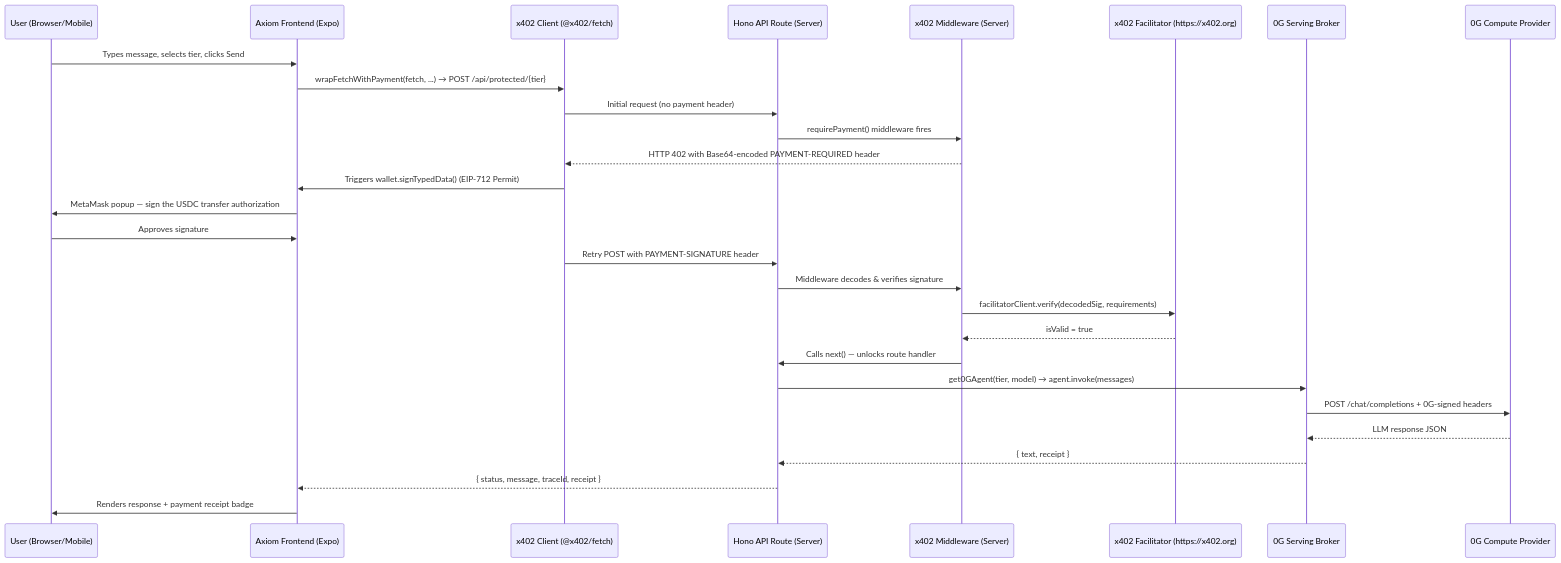
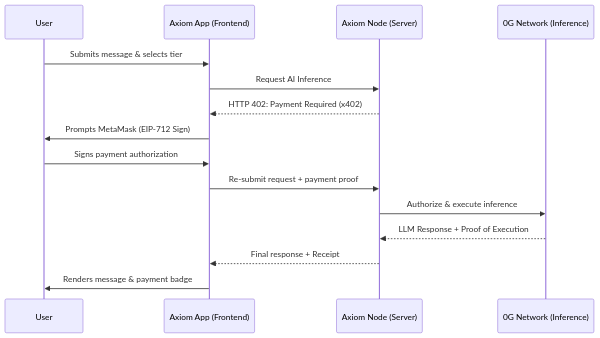
One commit to altaga/Axiom changed the first of 2 diagrams in README.md. Above: the diagram before and after it, drawn with Mermaid. The commit also changed other lines of this file, not shown here.

````diff
--- a/README.md
+++ b/README.md
@@ -24,31 +26,18 @@
 ```mermaid
 sequenceDiagram
-    participant User as User (Browser/Mobile)
-    participant UI as Axiom Frontend (Expo)
-    participant x402c as x402 Client (@x402/fetch)
-    participant API as Hono API Route (Server)
-    participant x402s as x402 Middleware (Server)
-    participant Fac as x402 Facilitator (https://x402.org)
-    participant Broker as 0G Serving Broker
-    participant Node as 0G Compute Provider
+    participant User
+    participant App as Axiom App (Frontend)
+    participant Server as Axiom Node (Server)
+    participant 0G as 0G Network (Inference)
 
-    User->>UI: Types message, selects tier, clicks Send
-    UI->>x402c: wrapFetchWithPayment(fetch, ...) → POST /api/protected/{tier}
-    x402c->>API: Initial request (no payment header)
-    API->>x402s: requirePayment() middleware fires
-    x402s-->>x402c: HTTP 402 with Base64-encoded PAYMENT-REQUIRED header
-    x402c->>UI: Triggers wallet.signTypedData() (EIP-712 Permit)
-    UI->>User: MetaMask popup — sign the USDC transfer authorization
-    User->>UI: Approves signature
-    x402c->>API: Retry POST with PAYMENT-SIGNATURE header
-    API->>x402s: Middleware decodes & verifies signature
-    x402s->>Fac: facilitatorClient.verify(decodedSig, requirements)
-    Fac-->>x402s: isValid = true
-    x402s->>API: Calls next() — unlocks route handler
-    API->>Broker: get0GAgent(tier, model) → agent.invoke(messages)
-    Broker->>Node: POST /chat/completions + 0G-signed headers
-    Node-->>Broker: LLM response JSON
-    Broker-->>API: { text, receipt }
-    API-->>UI: { status, message, traceId, receipt }
-    UI->>User: Renders response + payment receipt badge
+    User->>App: Submits message & selects tier
+    App->>Server: Request AI Inference
+    Server-->>App: HTTP 402: Payment Required (x402)
+    App->>User: Prompts MetaMask (EIP-712 Sign)
+    User->>App: Signs payment authorization
+    App->>Server: Re-submit request + payment proof
+    Server->>0G: Authorize & execute inference
+    0G-->>Server: LLM Response + Proof of Execution
+    Server-->>App: Final response + Receipt
+    App->>User: Renders message & payment badge
 ```
````
